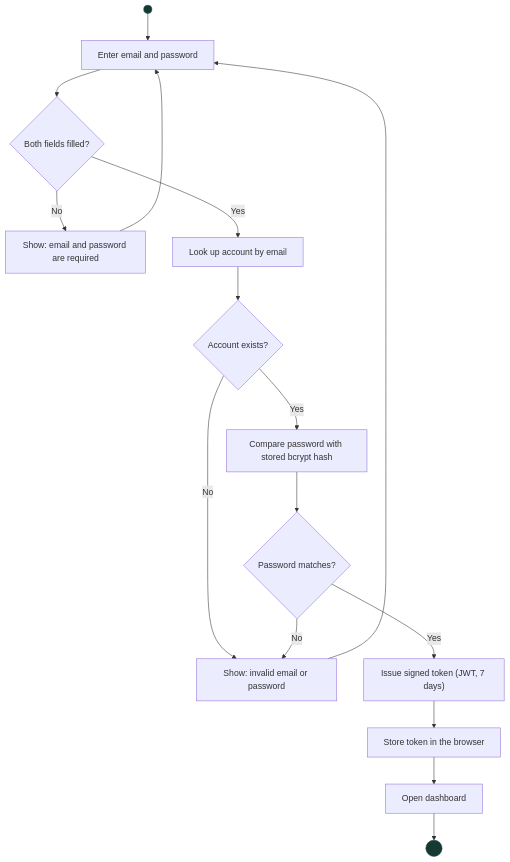
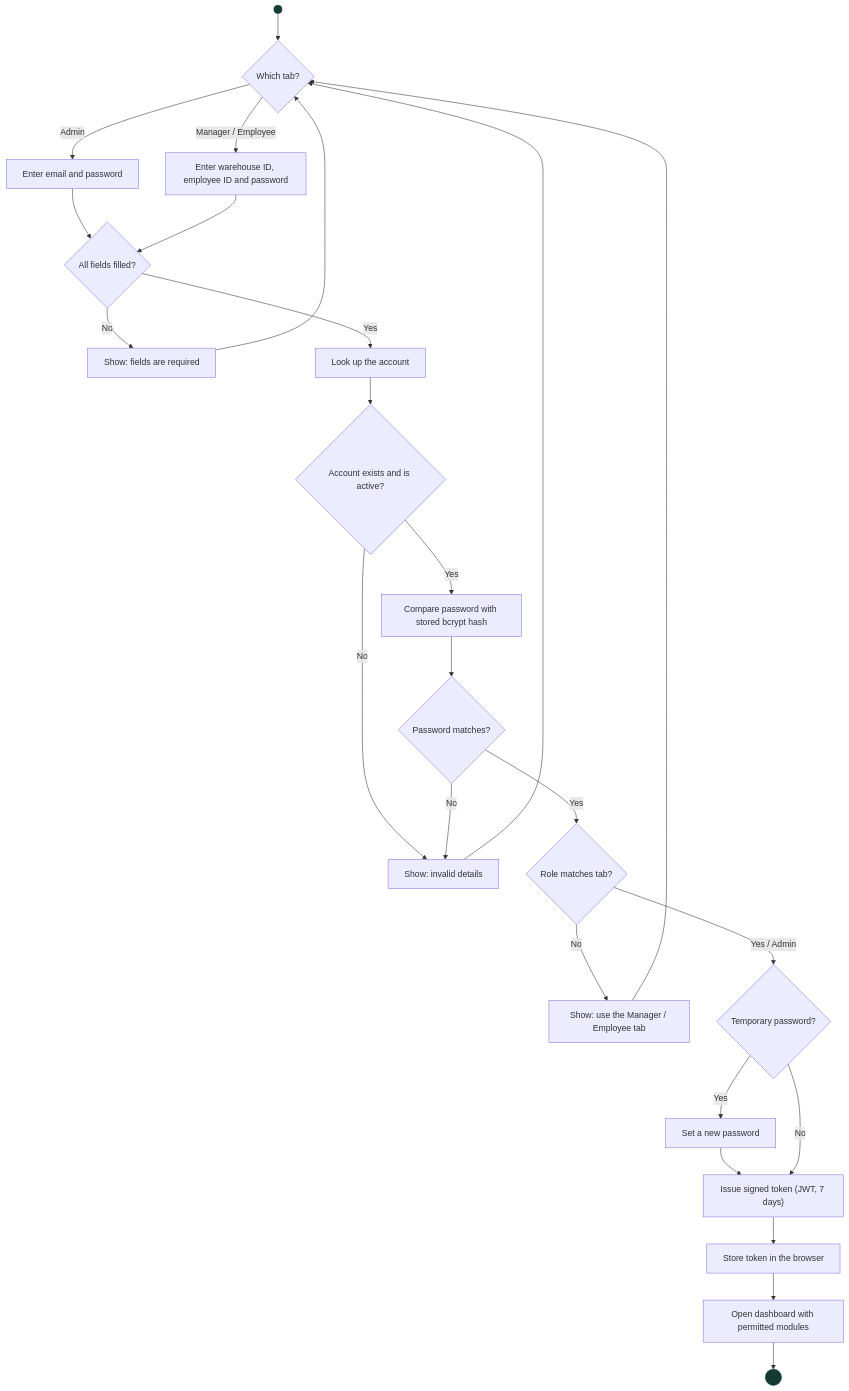
One commit to Somasekhar711/IMS changed the diagram in docs/diagrams/4-activity-sign-in.mmd. Above: the diagram before and after it, drawn with Mermaid. The commit also changed 67 other files, not shown here.

First line of the commit message:
docs: SRS v2.0, updated UML diagrams, feature activity/sequence diagrams

```diff
--- a/docs/diagrams/4-activity-sign-in.mmd
+++ b/docs/diagrams/4-activity-sign-in.mmd
@@ -1,19 +1,28 @@
 flowchart TD
-  Start(( )):::start --> Enter["Enter email and password"]
-  Enter --> Filled{"Both fields filled?"}
-  Filled -- No --> Missing["Show: email and password are required"]
-  Missing --> Enter
-  Filled -- Yes --> Lookup["Look up account by email"]
-  Lookup --> Found{"Account exists?"}
-  Found -- No --> Invalid["Show: invalid email or password"]
+  Start(( )):::start --> Tab{"Which tab?"}
+  Tab -- Admin --> AdminForm["Enter email and password"]
+  Tab -- "Manager / Employee" --> TeamForm["Enter warehouse ID, employee ID and password"]
+  AdminForm --> Filled{"All fields filled?"}
+  TeamForm --> Filled
+  Filled -- No --> Missing["Show: fields are required"]
+  Missing --> Tab
+  Filled -- Yes --> Lookup["Look up the account"]
+  Lookup --> Found{"Account exists and is active?"}
+  Found -- No --> Invalid["Show: invalid details"]
   Found -- Yes --> Compare["Compare password with stored bcrypt hash"]
   Compare --> Match{"Password matches?"}
   Match -- No --> Invalid
-  Invalid --> Enter
-  Match -- Yes --> Token["Issue signed token (JWT, 7 days)"]
+  Invalid --> Tab
+  Match -- Yes --> RoleCheck{"Role matches tab?"}
+  RoleCheck -- No --> WrongTab["Show: use the Manager / Employee tab"]
+  WrongTab --> Tab
+  RoleCheck -- "Yes / Admin" --> Temp{"Temporary password?"}
+  Temp -- Yes --> NewPass["Set a new password"]
+  NewPass --> Token
+  Temp -- No --> Token["Issue signed token (JWT, 7 days)"]
   Token --> Store["Store token in the browser"]
-  Store --> Dash["Open dashboard"]
+  Store --> Dash["Open dashboard with permitted modules"]
   Dash --> End(((" "))):::stop
 
   classDef start fill:#153A33,stroke:#153A33
   classDef stop fill:#153A33,stroke:#153A33
```
